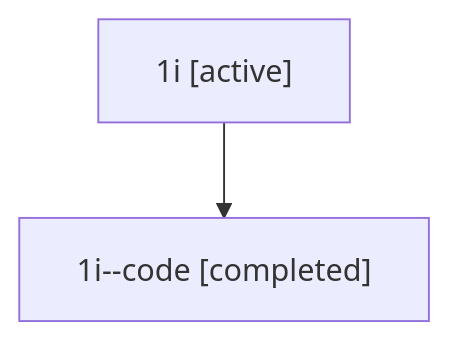
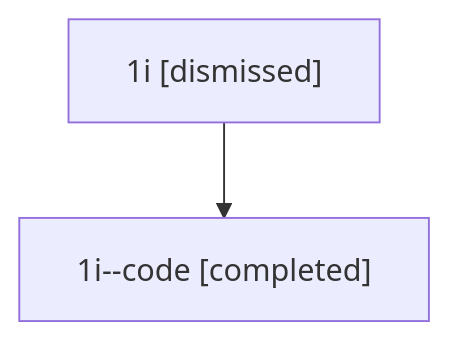
Before and after one commit to sase-org/sase--agents: the diagram in sessions/bbugyi200.athena.1i.md, drawn with Mermaid. The commit also changed other lines of this file and 32 other files, not shown here.

````diff
--- a/sessions/bbugyi200.athena.1i.md
+++ b/sessions/bbugyi200.athena.1i.md
@@ -9,6 +9,6 @@
 ```mermaid
 flowchart TD
-  n0["1i [active]"]
+  n0["1i [dismissed]"]
   n1["1i--code [completed]"]
   n0 --> n1
 ```
````
